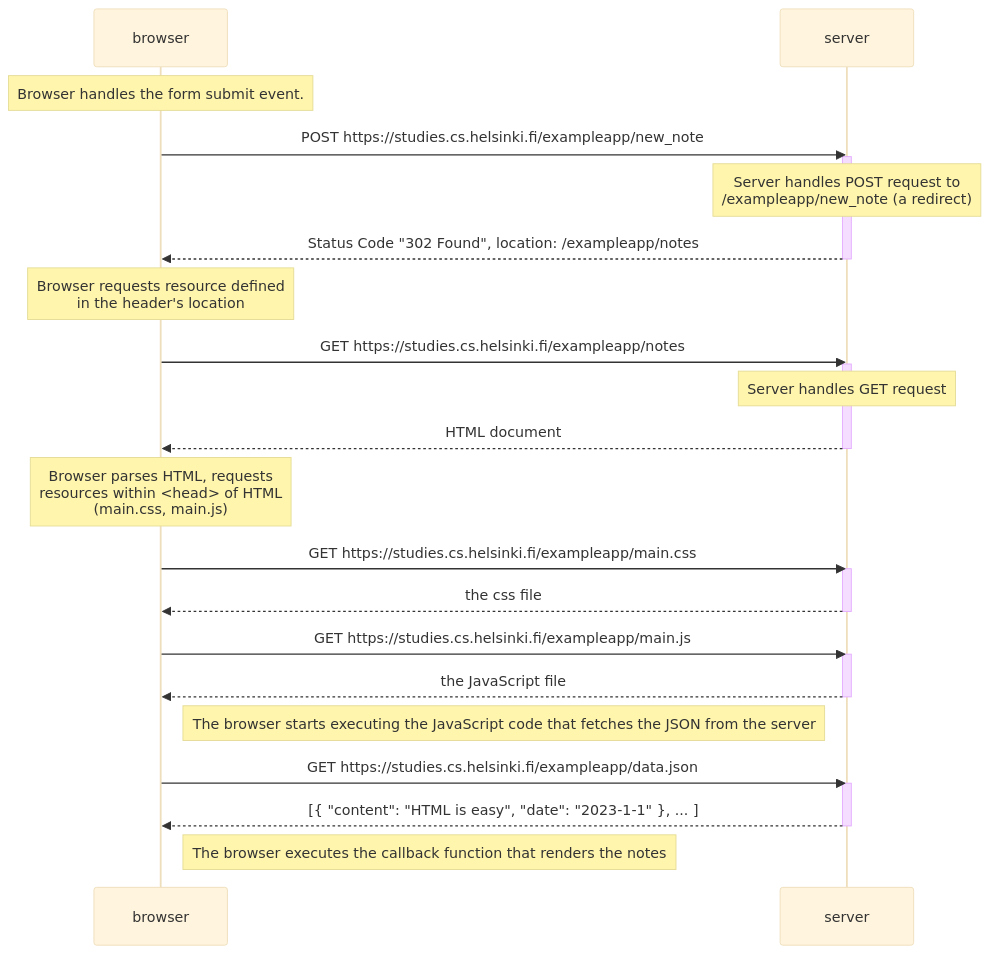
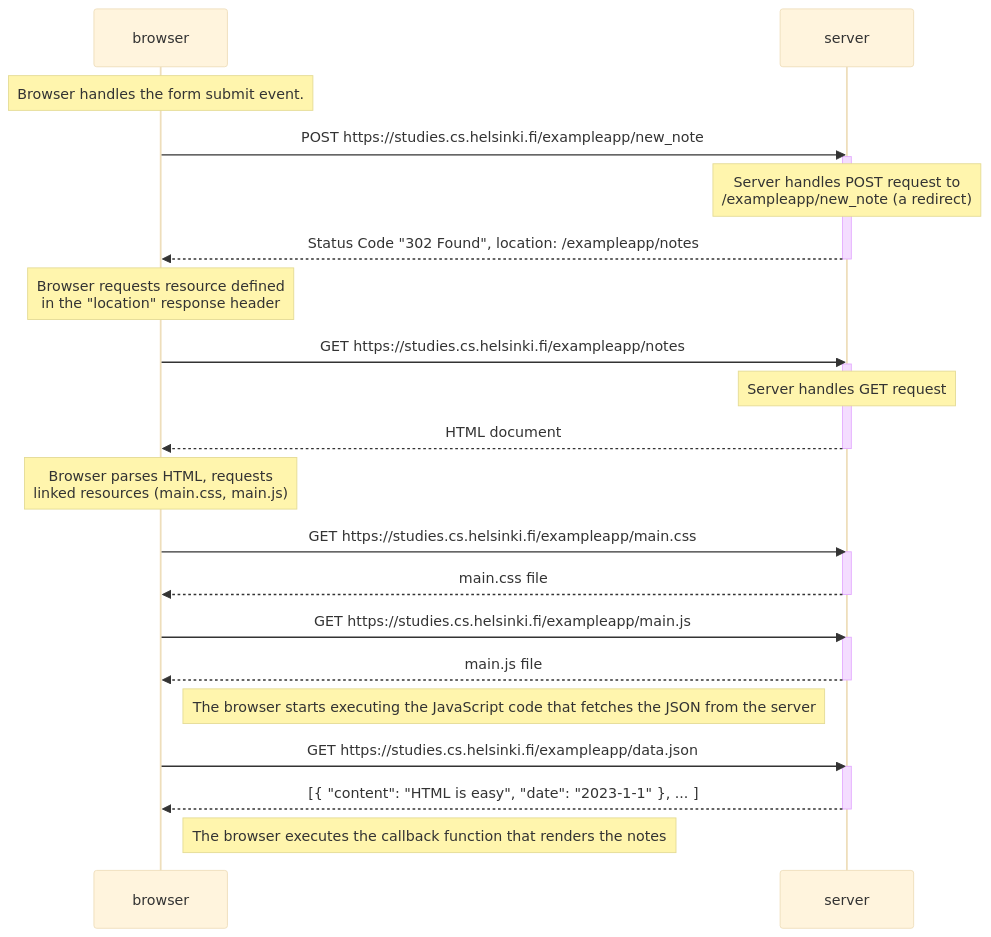
The diagram in part0/exercise_4_new_note_diagram.md (bagas-na/fullstackopen-course), drawn with Mermaid (base theme) before and after one commit.

````diff
--- a/part0/exercise_4_new_note_diagram.md
+++ b/part0/exercise_4_new_note_diagram.md
@@ -1,39 +1,39 @@
 ```mermaid
 sequenceDiagram
     participant browser
     participant server
 
     Note over browser: Browser handles the form submit event.
     browser->>server: POST https://studies.cs.helsinki.fi/exampleapp/new_note
     activate server
     Note over server: Server handles POST request to <br/> /exampleapp/new_note (a redirect)
     server-->>browser: Status Code "302 Found", location: /exampleapp/notes
     deactivate server
 
-    Note over browser: Browser requests resource defined <br/> in the header's location
+    Note over browser: Browser requests resource defined <br/> in the "location" response header
     browser->>server: GET https://studies.cs.helsinki.fi/exampleapp/notes
     activate server
     Note over server: Server handles GET request
     server-->>browser: HTML document
     deactivate server
 
-    Note over browser: Browser parses HTML, requests <br/> resources within <head> of HTML <br/> (main.css, main.js)
+    Note over browser: Browser parses HTML, requests <br/> linked resources (main.css, main.js)
     browser->>server: GET https://studies.cs.helsinki.fi/exampleapp/main.css
     activate server
-    server-->>browser: the css file
+    server-->>browser: main.css file
     deactivate server
 
     browser->>server: GET https://studies.cs.helsinki.fi/exampleapp/main.js
     activate server
-    server-->>browser: the JavaScript file
+    server-->>browser: main.js file
     deactivate server
 
     Note right of browser: The browser starts executing the JavaScript code that fetches the JSON from the server
 
     browser->>server: GET https://studies.cs.helsinki.fi/exampleapp/data.json
     activate server
     server-->>browser: [{ "content": "HTML is easy", "date": "2023-1-1" }, ... ]
     deactivate server
 
     Note right of browser: The browser executes the callback function that renders the notes
 ```
````
